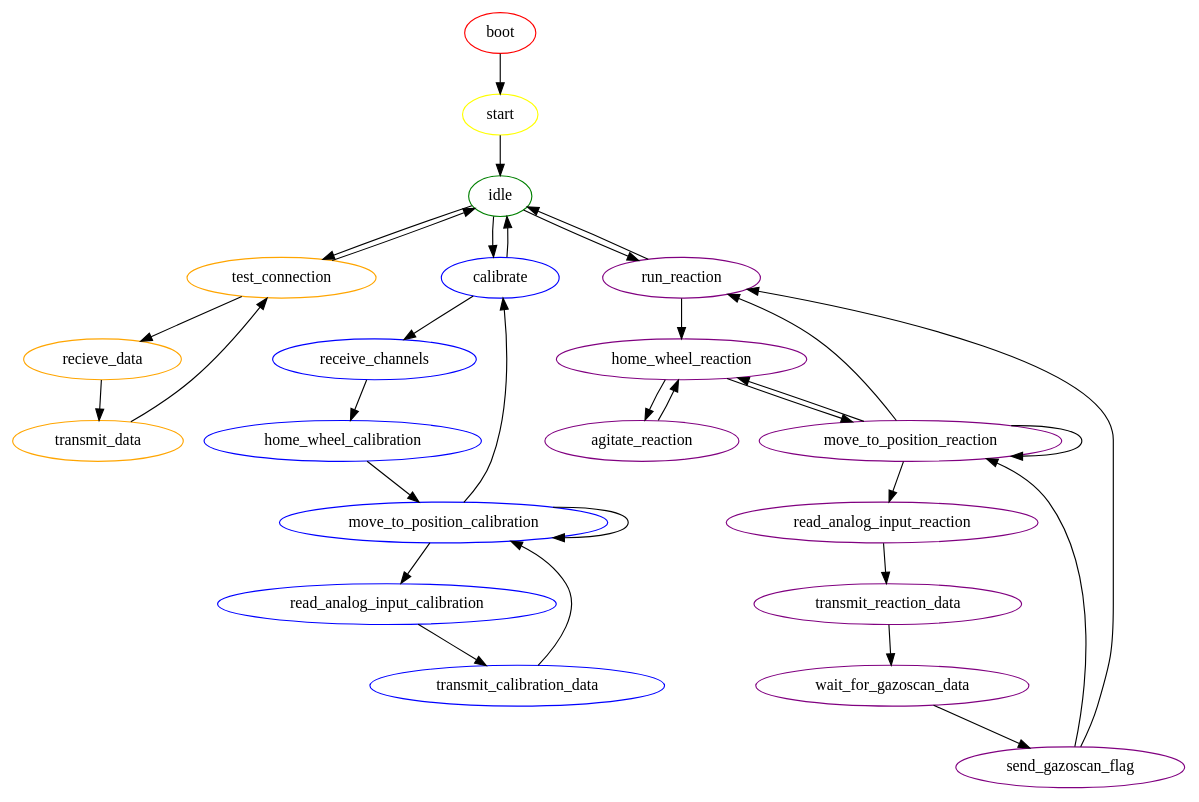
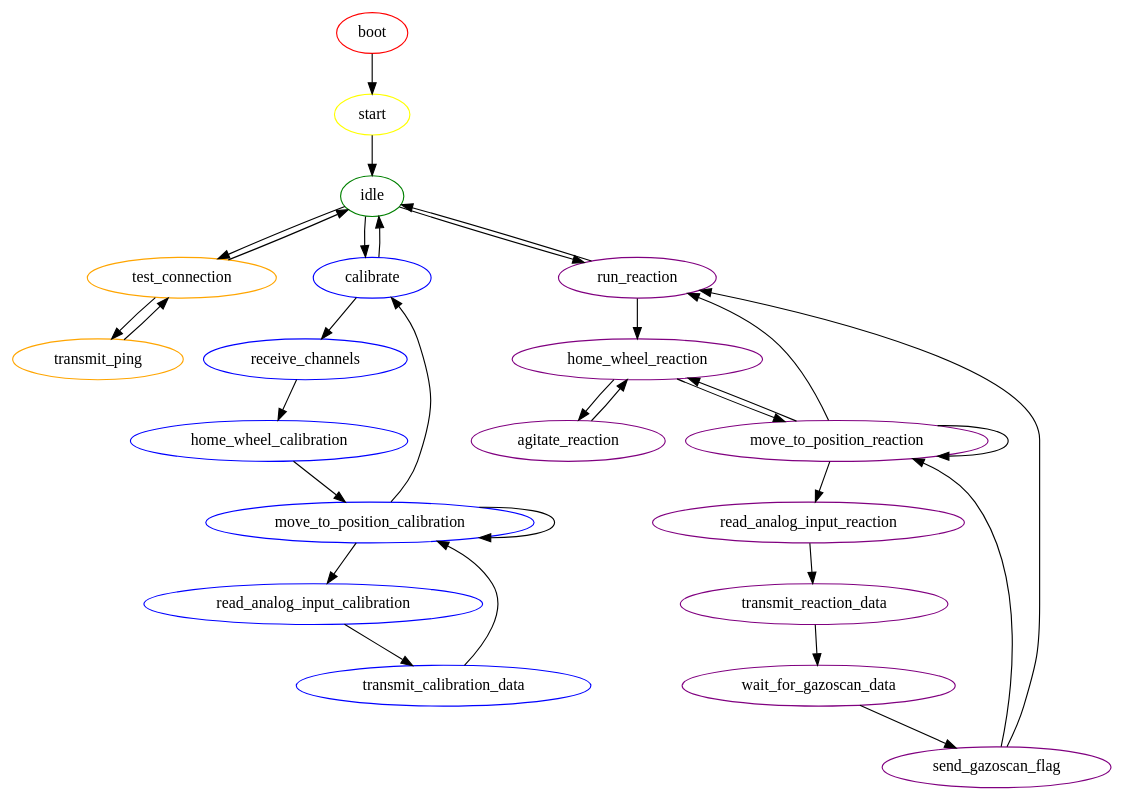
One commit to ElliotScher/Incubator changed the diagram in ArduinoFSM.dot. Above: the diagram before and after it, drawn with Graphviz. The commit also changed 3 other files, not shown here.

```diff
--- a/ArduinoFSM.dot
+++ b/ArduinoFSM.dot
@@ -1,63 +1,62 @@
 digraph {
     boot [color = red]
     start [color = yellow]
     idle [color = green]
 
     test_connection [color = orange]
-    recieve_data [color = orange]
-    transmit_data [color = orange]
+    transmit_ping [color = orange]
 
     calibrate [color = blue]
     receive_channels [color = blue]
     home_wheel_calibration [color = blue]
     move_to_position_calibration [color = blue] // one full rotation backwards, then forwards to position
     read_analog_input_calibration [color = blue] // mean over 3 second
     transmit_calibration_data [color = blue]
 
     run_reaction [color = purple]
     home_wheel_reaction [color = purple]
     agitate_reaction [color = purple]
     move_to_position_reaction [color = purple] // one full rotation backwards, then forwards to position
     read_analog_input_reaction [color = purple]
     transmit_reaction_data [color = purple]
     wait_for_gazoscan_data [color = purple]
     send_gazoscan_flag [color = purple]
 
     boot -> start
 
     start -> idle
 
     idle -> test_connection
     idle -> calibrate
     idle -> run_reaction
 
     test_connection -> idle
-    test_connection -> recieve_data
-    recieve_data -> transmit_data
-    transmit_data -> test_connection
+    test_connection -> transmit_ping
+    transmit_ping -> test_connection
+
 
     calibrate -> idle
     calibrate -> receive_channels
     receive_channels -> home_wheel_calibration
     home_wheel_calibration -> move_to_position_calibration
     move_to_position_calibration -> read_analog_input_calibration
     move_to_position_calibration -> move_to_position_calibration
     read_analog_input_calibration -> transmit_calibration_data
     transmit_calibration_data -> move_to_position_calibration
     move_to_position_calibration -> calibrate
 
     run_reaction -> idle
     run_reaction -> home_wheel_reaction
     home_wheel_reaction -> agitate_reaction
     home_wheel_reaction -> move_to_position_reaction
     agitate_reaction -> home_wheel_reaction
     move_to_position_reaction -> home_wheel_reaction
     move_to_position_reaction -> read_analog_input_reaction
     move_to_position_reaction -> move_to_position_reaction
     move_to_position_reaction -> run_reaction
     read_analog_input_reaction -> transmit_reaction_data
     transmit_reaction_data -> wait_for_gazoscan_data
     wait_for_gazoscan_data -> send_gazoscan_flag
     send_gazoscan_flag -> run_reaction
     send_gazoscan_flag -> move_to_position_reaction
 }
```
